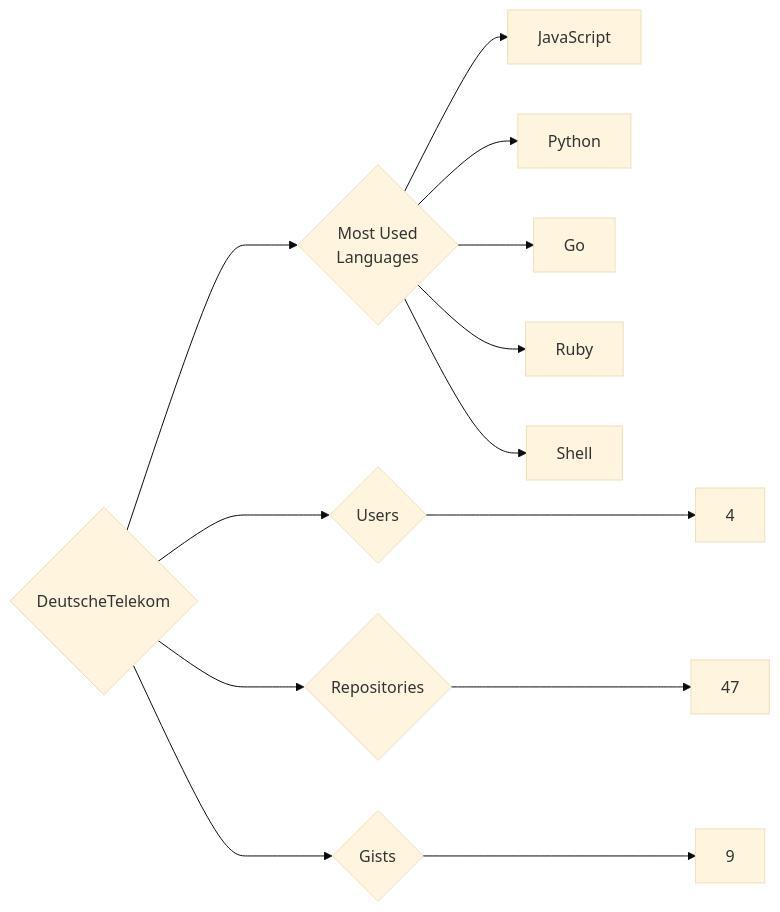
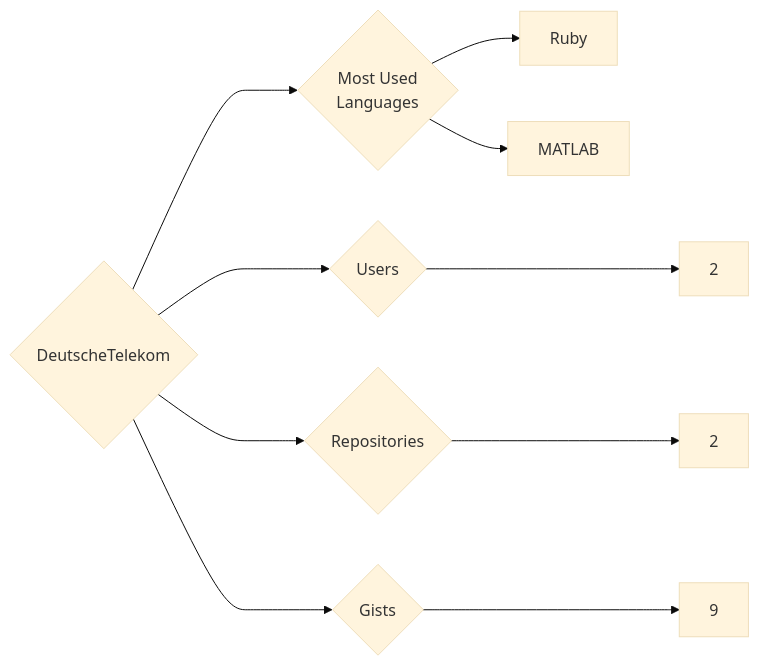
Before and after one commit to trickest/insiders: the diagram in targets/DeutscheTelekom/README.md, drawn with Mermaid (base theme). The commit also changed 1023 other files, not shown here.

````diff
--- a/targets/DeutscheTelekom/README.md
+++ b/targets/DeutscheTelekom/README.md
@@ -3,13 +3,10 @@
 ```mermaid
 graph LR
 COMPANY_NAME{DeutscheTelekom}
-COMPANY_NAME ---> U{Users} ---> UN[4]
-COMPANY_NAME ---> R{Repositories} ---> RN[47]
+COMPANY_NAME ---> U{Users} ---> UN[2]
+COMPANY_NAME ---> R{Repositories} ---> RN[2]
 COMPANY_NAME ---> G{Gists} ---> GN[9]
 COMPANY_NAME ---> ML{Most Used<br>Languages}
-ML --> JavaScript[JavaScript]
-ML --> Python[Python]
-ML --> Go[Go]
 ML --> Ruby[Ruby]
-ML --> Shell[Shell]
+ML --> MATLAB[MATLAB]
 ```
````
